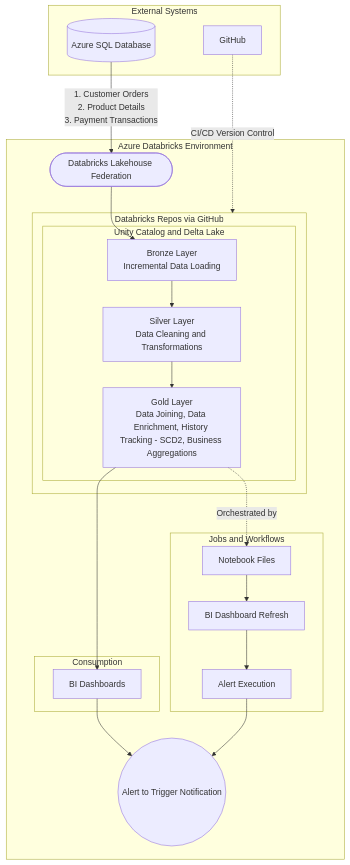
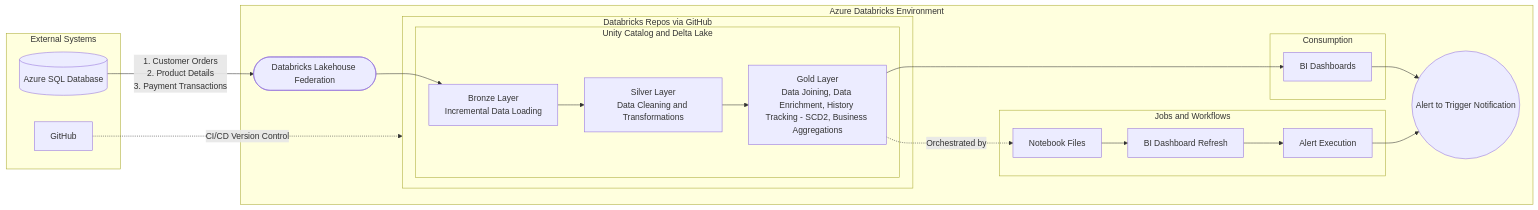
One commit to ahmedelsheikh109/Novacart-Case-Study changed the diagram in README.md. Above: the diagram before and after it, drawn with Mermaid.

Commit message:
Change diagram to Left-to-Right orientation

````diff
--- a/README.md
+++ b/README.md
@@ -26,48 +26,48 @@
 ```mermaid
-graph TD
+graph LR
     subgraph External_Systems [External Systems]
         SQL[(Azure SQL Database)]
         GH[GitHub]
     end
 
     SQL -->|"1. Customer Orders<br>2. Product Details<br>3. Payment Transactions"| LF
     
     subgraph Azure_Databricks [Azure Databricks Environment]
         LF([Databricks Lakehouse Federation])
         
         subgraph Databricks_Repos [Databricks Repos via GitHub]
             subgraph Unity_Catalog [Unity Catalog and Delta Lake]
                 B["Bronze Layer<br>Incremental Data Loading"]
                 S["Silver Layer<br>Data Cleaning and Transformations"]
                 G["Gold Layer<br>Data Joining, Data Enrichment, History Tracking - SCD2, Business Aggregations"]
             end
         end
 
         subgraph Consumption [Consumption]
             BI[BI Dashboards]
         end
 
         subgraph Jobs_Workflows [Jobs and Workflows]
             W_N[Notebook Files]
             W_D[BI Dashboard Refresh]
             W_A[Alert Execution]
         end
 
         Alert((Alert to Trigger Notification))
     end
 
     LF --> B
     B --> S
     S --> G
     
     GH -.->|"CI/CD Version Control"| Databricks_Repos
 
     G --> BI
     G -.->|"Orchestrated by"| W_N
     
     W_N --> W_D
     W_D --> W_A
     
     BI --> Alert
     W_A --> Alert
 ```
````
